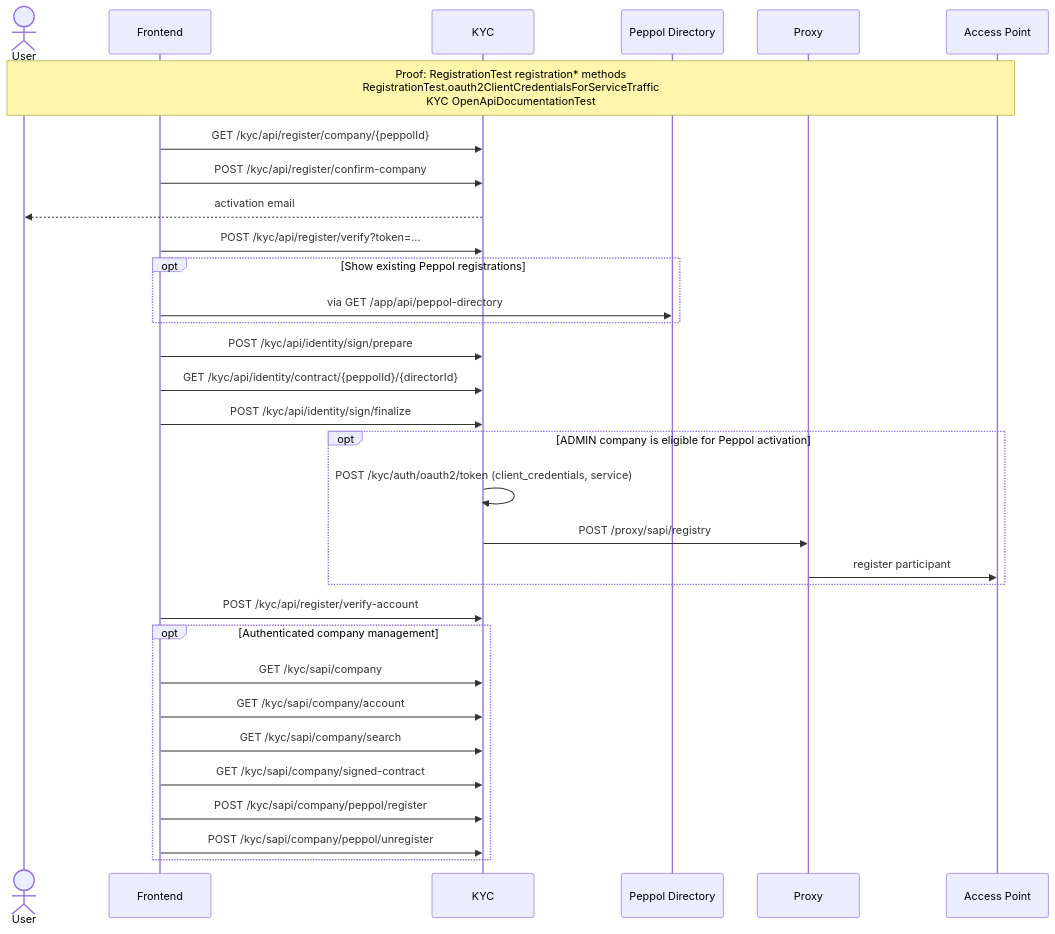
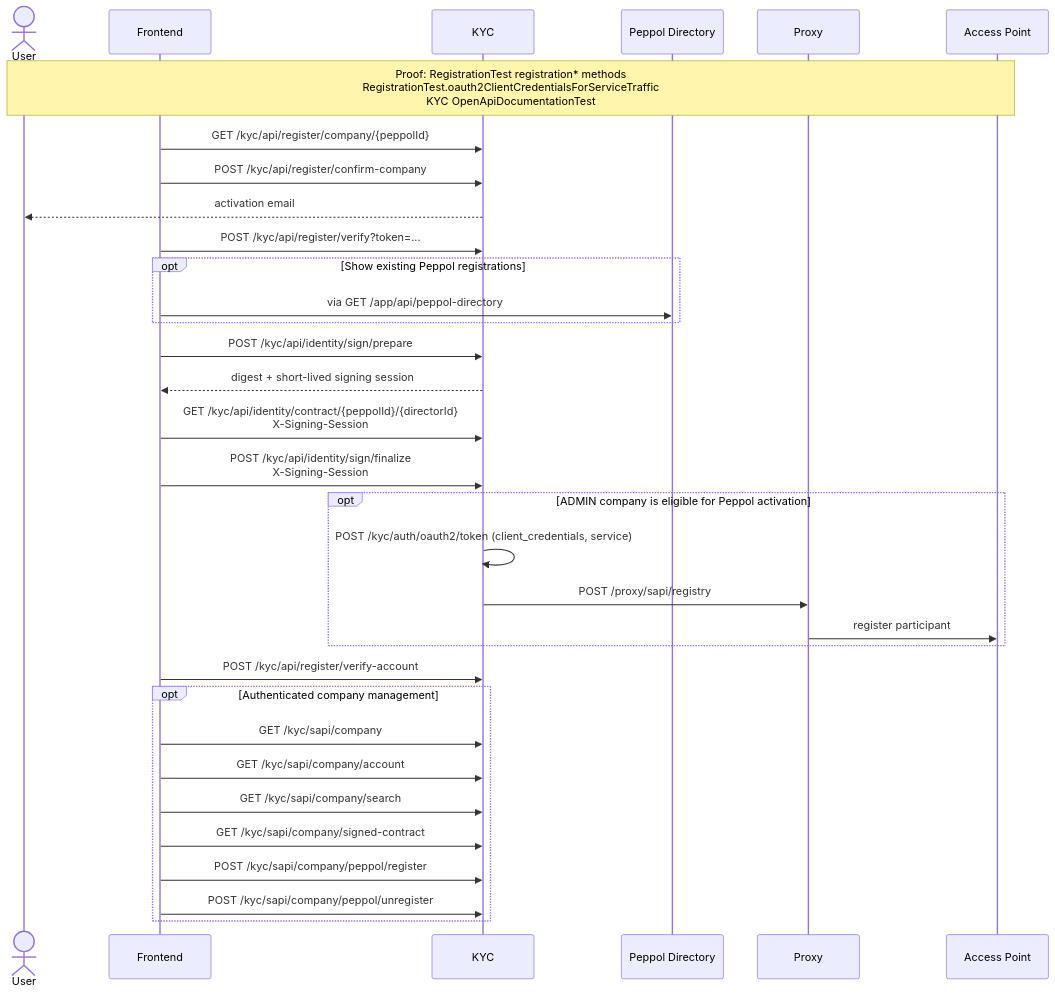
Before and after one commit to letspeppol/letspeppol: the diagram in readme/api-registration-and-company-activation.md, drawn with Mermaid. The commit also changed other lines of this file and 35 other files, not shown here.

First line of the commit message:
Prevent unauthenticated users from retrieving a filled contract using only a public Peppol ID and a sequential director ID, without breaking the public onboarding flow or authenticated add-ownership flow.

````diff
--- a/readme/api-registration-and-company-activation.md
+++ b/readme/api-registration-and-company-activation.md
@@ -9,35 +9,36 @@
 ```mermaid
 sequenceDiagram
     actor User
     participant UI as Frontend
     participant KYC
     participant Directory as Peppol Directory
     participant Proxy
     participant AP as Access Point
 
     Note over User,AP: Proof: RegistrationTest registration* methods<br/>RegistrationTest.oauth2ClientCredentialsForServiceTraffic<br/>KYC OpenApiDocumentationTest
     UI->>KYC: GET /kyc/api/register/company/{peppolId}
     UI->>KYC: POST /kyc/api/register/confirm-company
     KYC-->>User: activation email
     UI->>KYC: POST /kyc/api/register/verify?token=...
     opt Show existing Peppol registrations
         UI->>Directory: via GET /app/api/peppol-directory
     end
     UI->>KYC: POST /kyc/api/identity/sign/prepare
-    UI->>KYC: GET /kyc/api/identity/contract/{peppolId}/{directorId}
-    UI->>KYC: POST /kyc/api/identity/sign/finalize
+    KYC-->>UI: digest + short-lived signing session
+    UI->>KYC: GET /kyc/api/identity/contract/{peppolId}/{directorId}<br/>X-Signing-Session
+    UI->>KYC: POST /kyc/api/identity/sign/finalize<br/>X-Signing-Session
     opt ADMIN company is eligible for Peppol activation
         KYC->>KYC: POST /kyc/auth/oauth2/token (client_credentials, service)
         KYC->>Proxy: POST /proxy/sapi/registry
         Proxy->>AP: register participant
     end
     UI->>KYC: POST /kyc/api/register/verify-account
     opt Authenticated company management
         UI->>KYC: GET /kyc/sapi/company
         UI->>KYC: GET /kyc/sapi/company/account
         UI->>KYC: GET /kyc/sapi/company/search
         UI->>KYC: GET /kyc/sapi/company/signed-contract
         UI->>KYC: POST /kyc/sapi/company/peppol/register
         UI->>KYC: POST /kyc/sapi/company/peppol/unregister
     end
 ```
````
